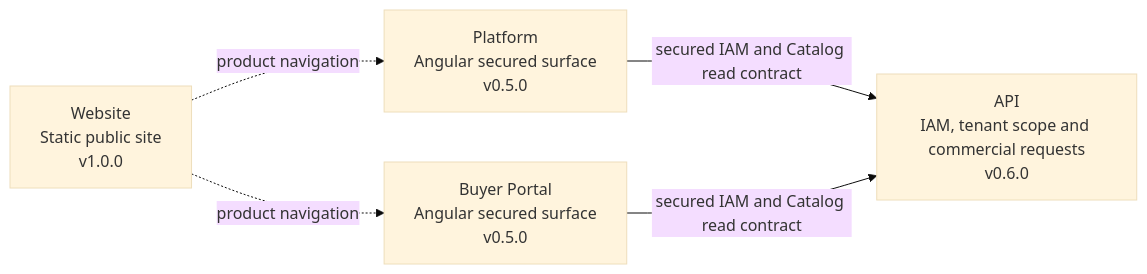
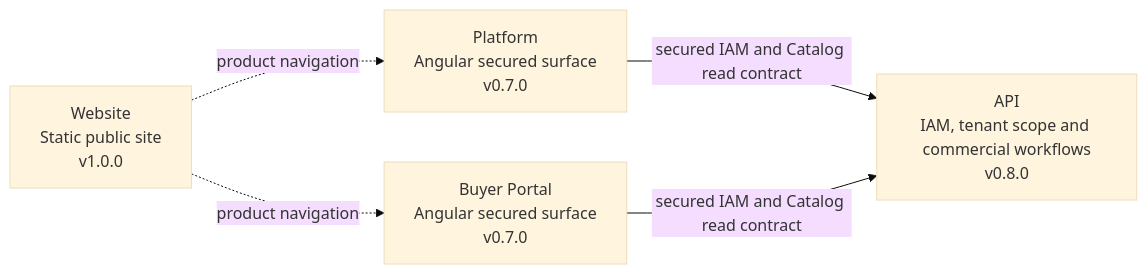
The diagram in README.md (nexa-suite/api), drawn with Mermaid (base theme) before and after one commit. The commit also changed other lines of this file and 5 other files, not shown here.

````diff
--- a/README.md
+++ b/README.md
@@ -31,12 +33,12 @@
 ```mermaid
 flowchart LR
     Website["Website<br/>Static public site<br/>v1.0.0"]
-    Platform["Platform<br/>Angular secured surface<br/>v0.5.0"]
-    Portal["Buyer Portal<br/>Angular secured surface<br/>v0.5.0"]
-    API["API<br/>IAM, tenant scope and commercial requests<br/>v0.6.0"]
+    Platform["Platform<br/>Angular secured surface<br/>v0.7.0"]
+    Portal["Buyer Portal<br/>Angular secured surface<br/>v0.7.0"]
+    API["API<br/>IAM, tenant scope and commercial workflows<br/>v0.8.0"]
 
     Website -. "product navigation" .-> Platform
     Website -. "product navigation" .-> Portal
     Platform -->|"secured IAM and Catalog read contract"| API
     Portal -->|"secured IAM and Catalog read contract"| API
 ```
````
